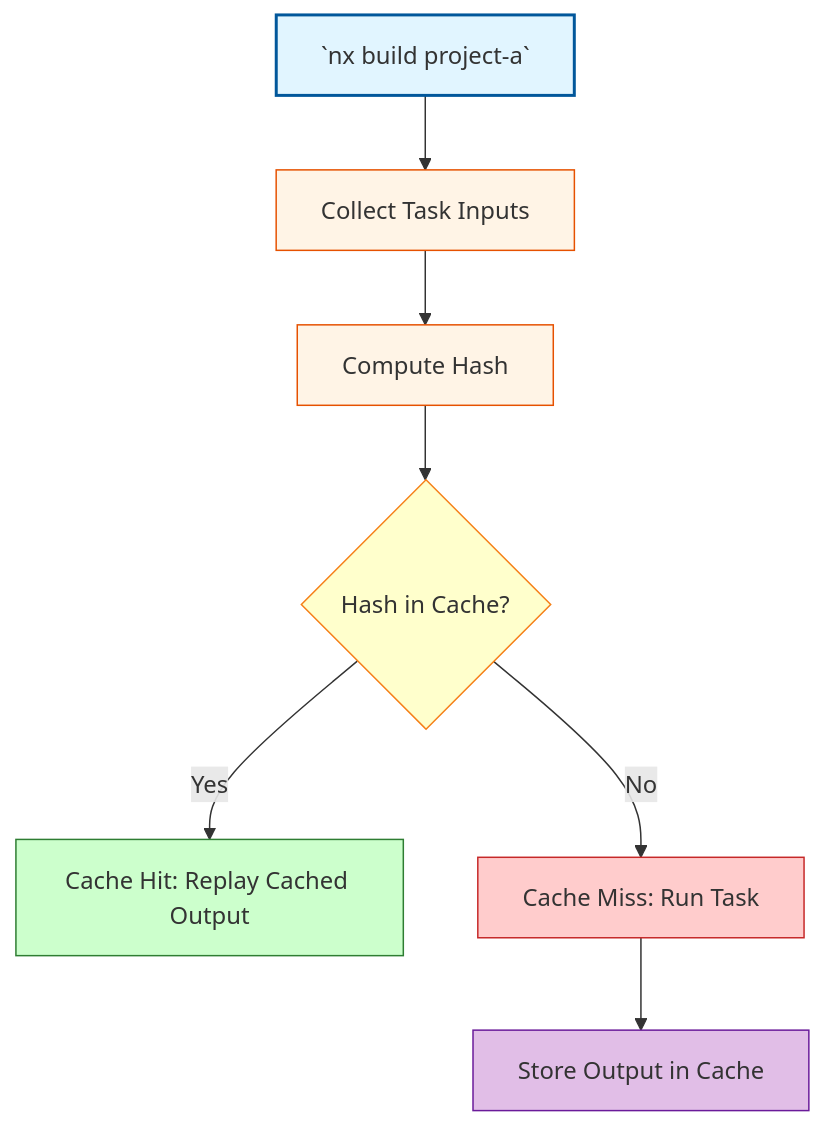
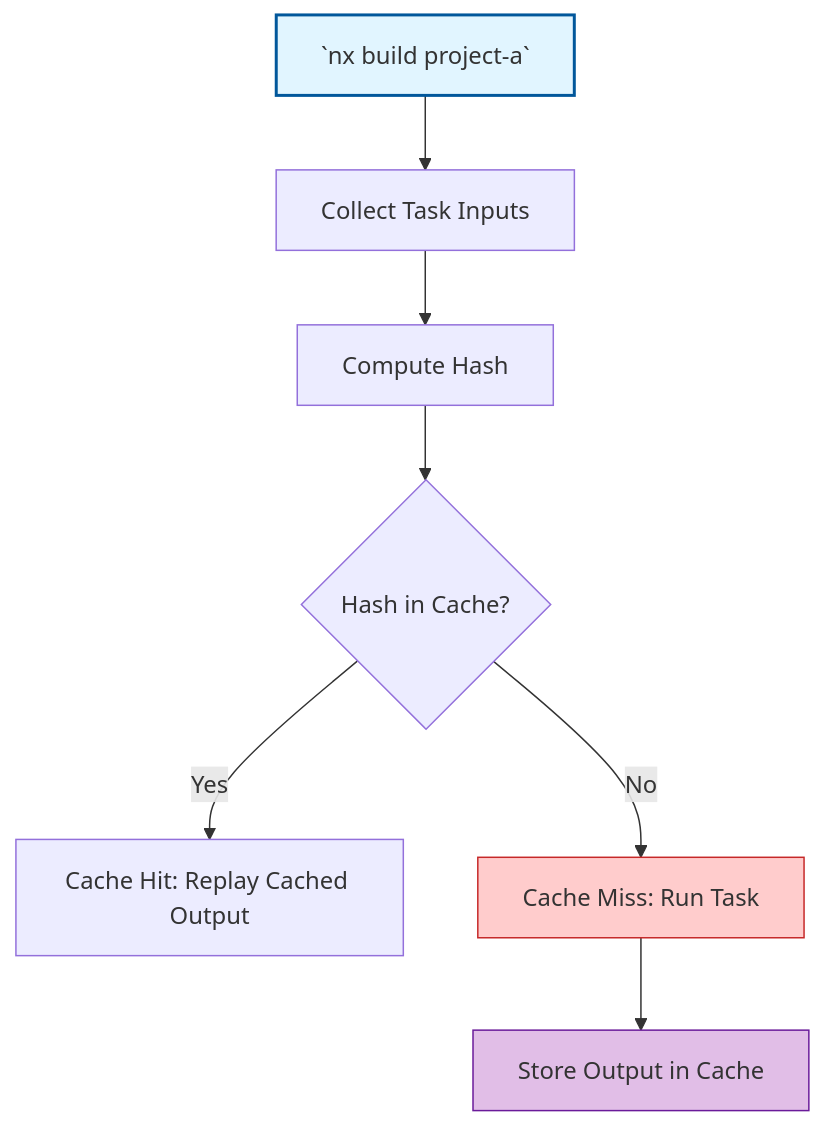
The second of 2 diagrams in content/blog/understanding-nx-affected-graph-vs-cache-hits/index.md (edbzn/edbzn.github.io), drawn with Mermaid before and after one commit.

Commit message:
Remove unnecessary styles from caching diagram for clarity

````diff
--- a/content/blog/understanding-nx-affected-graph-vs-cache-hits/index.md
+++ b/content/blog/understanding-nx-affected-graph-vs-cache-hits/index.md
@@ -101,17 +101,13 @@
 ```mermaid
 graph TD
   CMD[`nx build project-a`] --> Inputs[Collect Task Inputs]
   Inputs --> Hash[Compute Hash]
   Hash --> Check{Hash in Cache?}
   Check -->|Yes| Replay[Cache Hit: Replay Cached Output]
   Check -->|No| Run[Cache Miss: Run Task]
   Run --> Store[Store Output in Cache]
 
   style CMD fill:#e1f5ff,stroke:#01579b,stroke-width:2px
-  style Inputs fill:#fff4e6,stroke:#e65100
-  style Hash fill:#fff4e6,stroke:#e65100
-  style Check fill:#ffffcc,stroke:#f57f17
-  style Replay fill:#ccffcc,stroke:#2e7d32
   style Run fill:#ffcccc,stroke:#c62828
   style Store fill:#e1bee7,stroke:#6a1b9a
 ```
````
